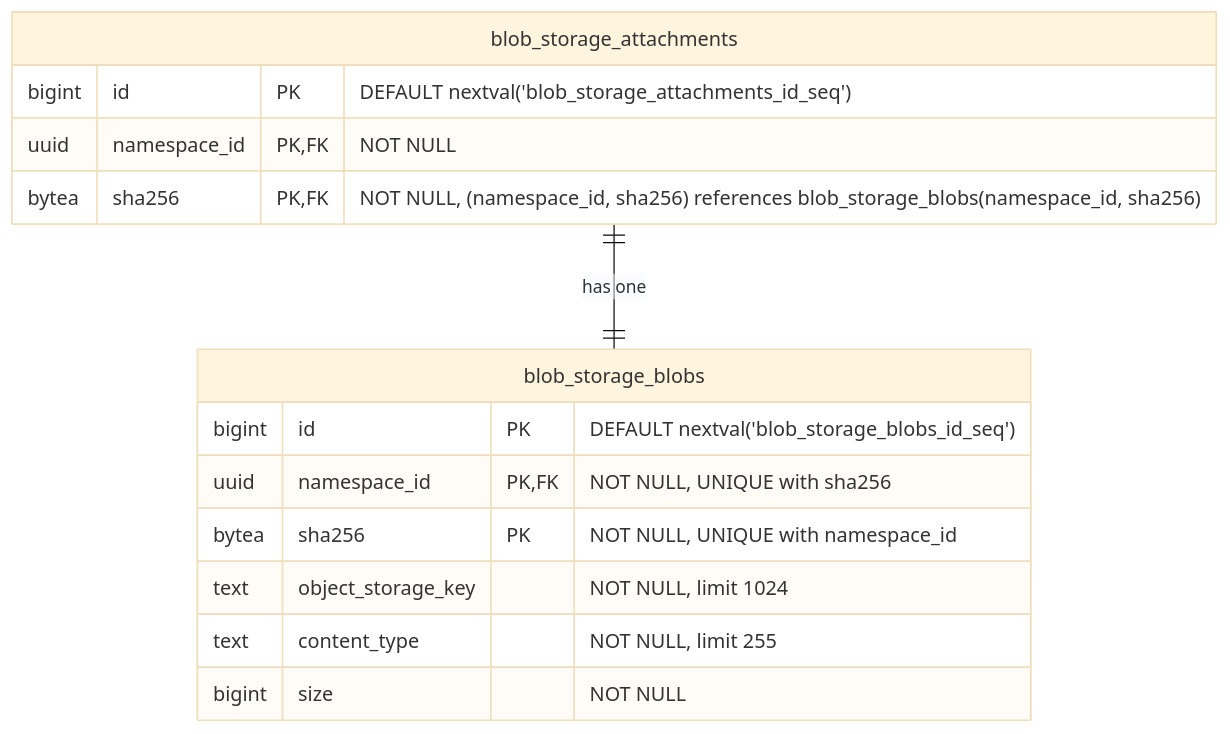
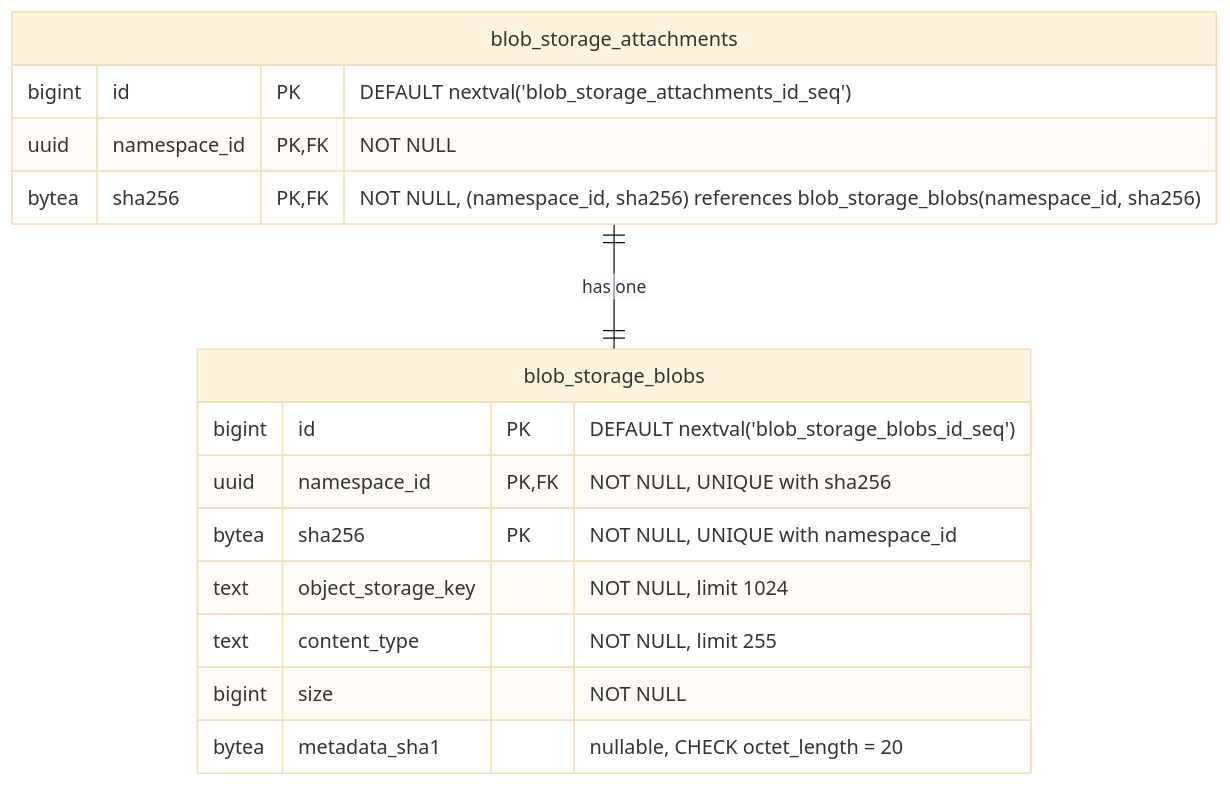
One commit to kyama0/gitlab-handbook-ja changed diagram 16 of 19 in content/handbook/engineering/architecture/design-documents/artifact_registry/decisions/007_database_schema.md. Above: the diagram before and after it, drawn with Mermaid (base theme). The commit also changed other lines of this file and 7 other files, not shown here.

````diff
--- a/content/handbook/engineering/architecture/design-documents/artifact_registry/decisions/007_database_schema.md
+++ b/content/handbook/engineering/architecture/design-documents/artifact_registry/decisions/007_database_schema.md
@@ -1313,19 +1383,20 @@
 ```mermaid
 erDiagram
     blob_storage_attachments ||--|| blob_storage_blobs : "has one"
 
     blob_storage_attachments {
         bigint id PK "DEFAULT nextval('blob_storage_attachments_id_seq')"
         uuid namespace_id PK,FK "NOT NULL"
         bytea sha256 PK,FK "NOT NULL, (namespace_id, sha256) references blob_storage_blobs(namespace_id, sha256)"
     }
 
     blob_storage_blobs {
         bigint id PK "DEFAULT nextval('blob_storage_blobs_id_seq')"
         uuid namespace_id PK,FK "NOT NULL, UNIQUE with sha256"
         bytea sha256 PK "NOT NULL, UNIQUE with namespace_id"
         text object_storage_key "NOT NULL, limit 1024"
         text content_type "NOT NULL, limit 255"
         bigint size "NOT NULL"
+        bytea metadata_sha1 "nullable, CHECK octet_length = 20"
     }
 ```
````
